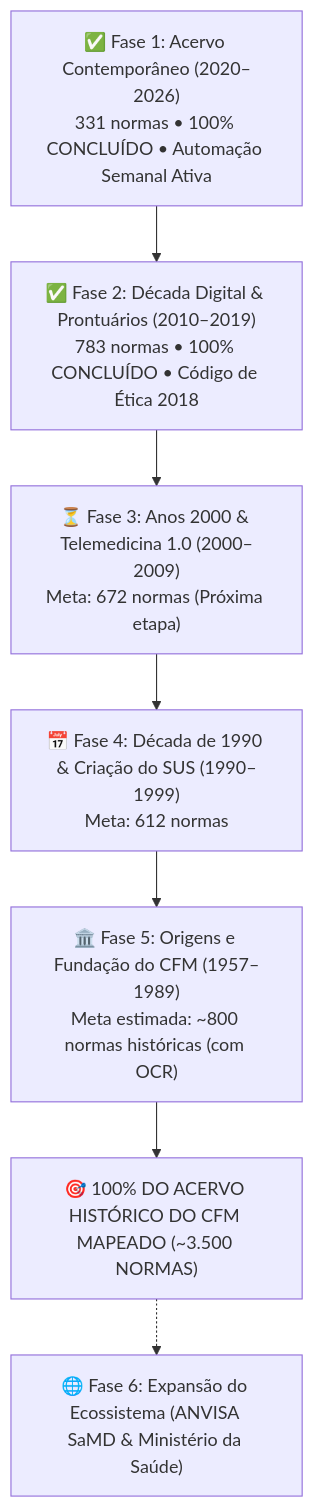
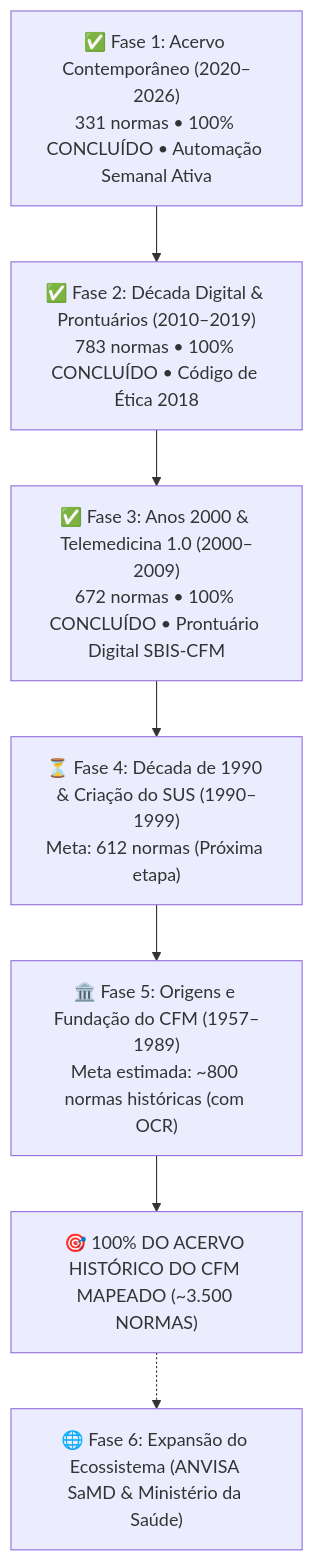
One commit to md-augustolinhares/cfm-normas changed the first of 2 diagrams in README.md. Above: the diagram before and after it, drawn with Mermaid. The commit also changed other lines of this file and 681 other files, not shown here.

Commit message:
feat(acervo): concluir Fase 3 do roadmap (2000-2009) totalizando 1.786 normas

````diff
--- a/README.md
+++ b/README.md
@@ -63,9 +63,9 @@
 ```mermaid
 flowchart TD
     Fase1["✅ Fase 1: Acervo Contemporâneo (2020–2026)<br/>331 normas • 100% CONCLUÍDO • Automação Semanal Ativa"] --> Fase2["✅ Fase 2: Década Digital & Prontuários (2010–2019)<br/>783 normas • 100% CONCLUÍDO • Código de Ética 2018"]
-    Fase2 --> Fase3["⏳ Fase 3: Anos 2000 & Telemedicina 1.0 (2000–2009)<br/>Meta: 672 normas (Próxima etapa)"]
-    Fase3 --> Fase4["📅 Fase 4: Década de 1990 & Criação do SUS (1990–1999)<br/>Meta: 612 normas"]
+    Fase2 --> Fase3["✅ Fase 3: Anos 2000 & Telemedicina 1.0 (2000–2009)<br/>672 normas • 100% CONCLUÍDO • Prontuário Digital SBIS-CFM"]
+    Fase3 --> Fase4["⏳ Fase 4: Década de 1990 & Criação do SUS (1990–1999)<br/>Meta: 612 normas (Próxima etapa)"]
     Fase4 --> Fase5["🏛️ Fase 5: Origens e Fundação do CFM (1957–1989)<br/>Meta estimada: ~800 normas históricas (com OCR)"]
     Fase5 --> MetaFinal["🎯 100% DO ACERVO HISTÓRICO DO CFM MAPEADO (~3.500 NORMAS)"]
     MetaFinal -.-> Fase6["🌐 Fase 6: Expansão do Ecossistema (ANVISA SaMD & Ministério da Saúde)"]
 ```
````
